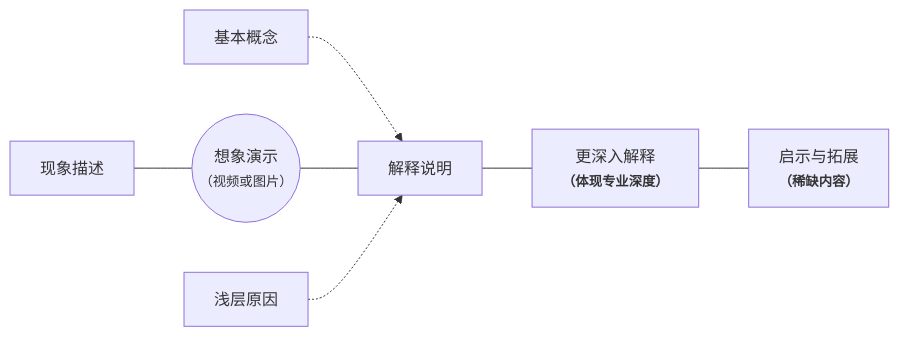
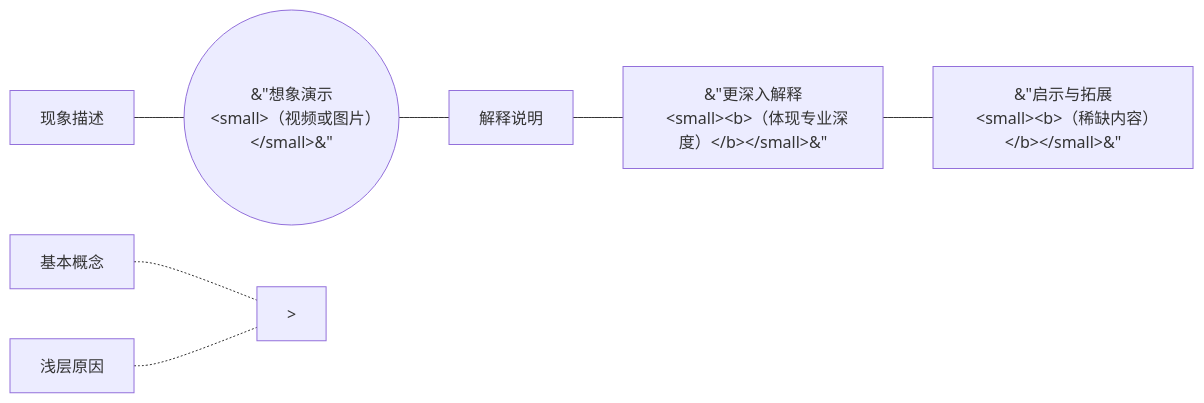
One commit to Lruihao/lruihao.github.io changed the second of 10 diagrams in posts/article-structure/index.md. Above: the diagram before and after it, drawn with Mermaid. The commit also changed other lines of this file and 688 other files, not shown here.

````diff
--- a/posts/article-structure/index.md
+++ b/posts/article-structure/index.md
@@ -72,16 +72,16 @@
 ```mermaid
 graph LR
   A[现象描述]
-  B(("想象演示
-  <small>（视频或图片）</small>"))
+  B((&#34;想象演示
+  &lt;small&gt;（视频或图片）&lt;/small&gt;&#34;))
   C[解释说明]
   D[基本概念]
   E[浅层原因]
-  F["更深入解释
-  <small><b>（体现专业深度）</b></small>"]
-  G["启示与拓展
-  <small><b>（稀缺内容）</b></small>"]
-  D-.->C
+  F[&#34;更深入解释
+  &lt;small&gt;&lt;b&gt;（体现专业深度）&lt;/b&gt;&lt;/small&gt;&#34;]
+  G[&#34;启示与拓展
+  &lt;small&gt;&lt;b&gt;（稀缺内容）&lt;/b&gt;&lt;/small&gt;&#34;]
+  D-.-&gt;C
   A---B---C---F---G
-  E-.->C
+  E-.-&gt;C
 ```
````
